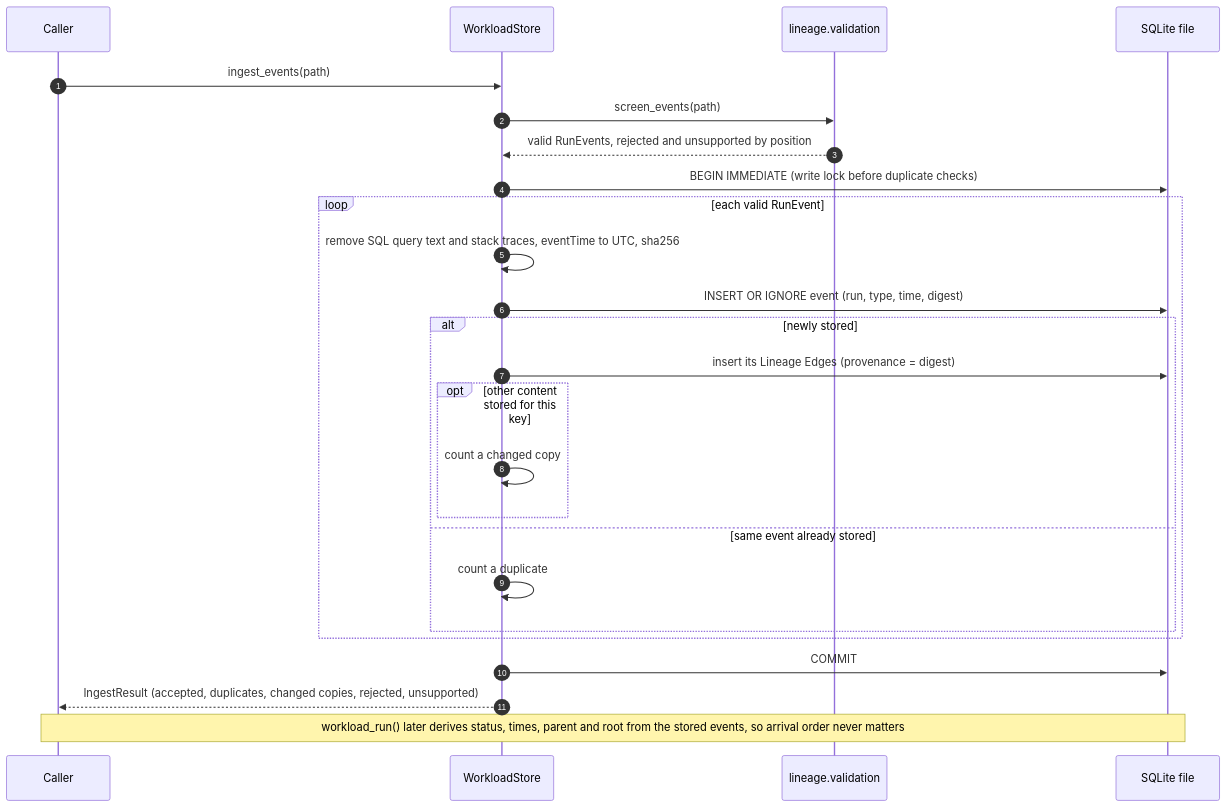
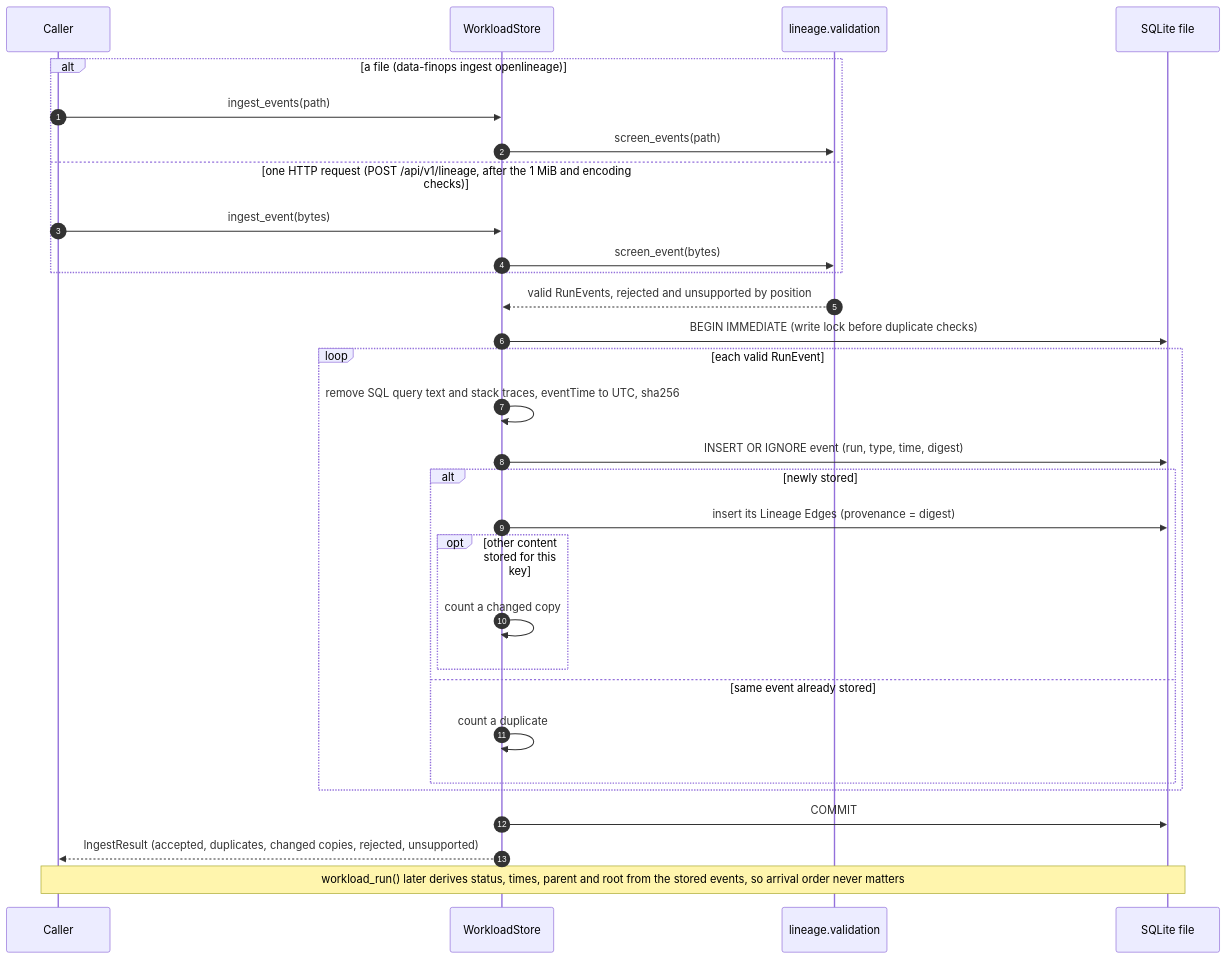
Before and after one commit to apmalong/data-finops: the second of 4 diagrams in docs/architecture/README.md, drawn with Mermaid. The commit also changed other lines of this file and 5 other files, not shown here.

First line of the commit message:
Architecture diagrams as built through M5; system context in D2 (#140)

````diff
--- a/docs/architecture/README.md
+++ b/docs/architecture/README.md
@@ -99,28 +126,33 @@
 ```mermaid
 sequenceDiagram
     autonumber
     participant Caller
     participant Store as WorkloadStore
     participant Screen as lineage.validation
     participant DB as SQLite file
 
-    Caller->>Store: ingest_events(path)
-    Store->>Screen: screen_events(path)
+    alt a file (data-finops ingest openlineage)
+        Caller->>Store: ingest_events(path)
+        Store->>Screen: screen_events(path)
+    else one HTTP request (POST /api/v1/lineage, after the 1 MiB and encoding checks)
+        Caller->>Store: ingest_event(bytes)
+        Store->>Screen: screen_event(bytes)
+    end
     Screen-->>Store: valid RunEvents, rejected and unsupported by position
     Store->>DB: BEGIN IMMEDIATE (write lock before duplicate checks)
     loop each valid RunEvent
         Store->>Store: remove SQL query text and stack traces, eventTime to UTC, sha256
         Store->>DB: INSERT OR IGNORE event (run, type, time, digest)
         alt newly stored
             Store->>DB: insert its Lineage Edges (provenance = digest)
             opt other content stored for this key
                 Store->>Store: count a changed copy
             end
         else same event already stored
             Store->>Store: count a duplicate
         end
     end
     Store->>DB: COMMIT
     Store-->>Caller: IngestResult (accepted, duplicates, changed copies, rejected, unsupported)
     Note over Caller,DB: workload_run() later derives status, times, parent and root from the stored events, so arrival order never matters
 ```
````
